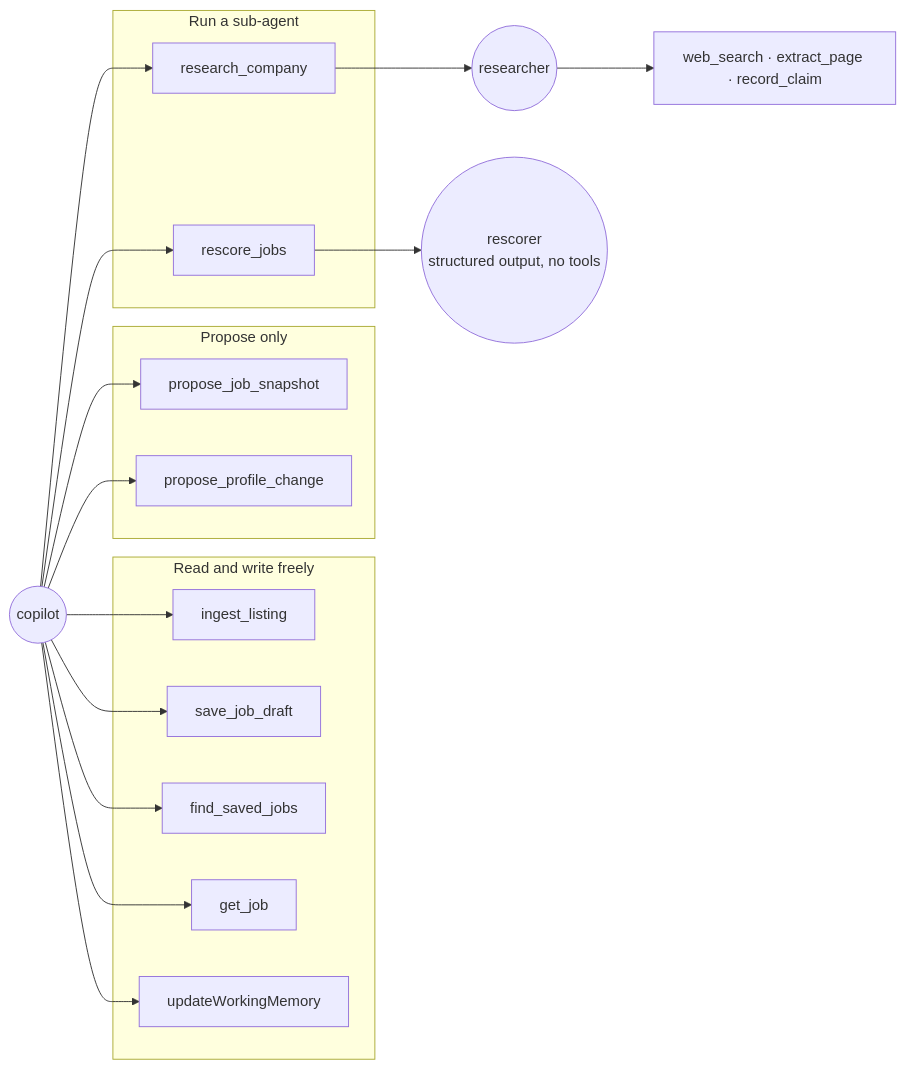
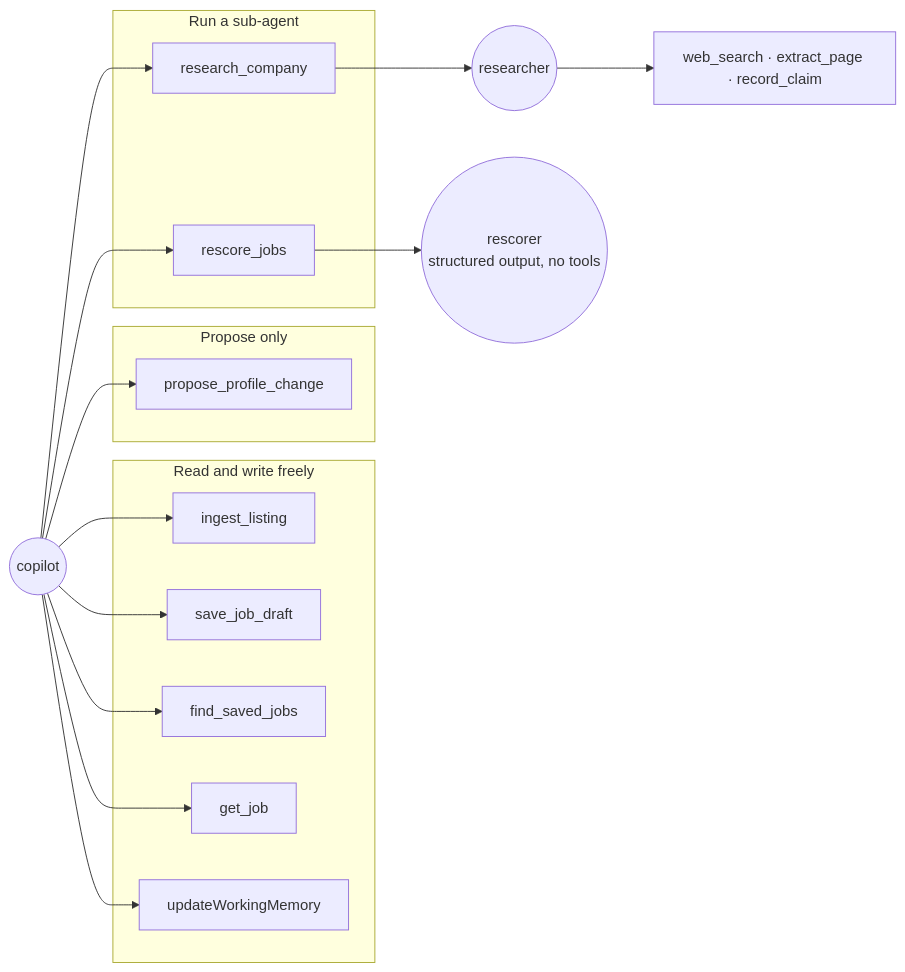
The fourth of 13 diagrams in docs/architecture.md (pppdns/job-agent-mastra), drawn with Mermaid before and after one commit. The commit also changed other lines of this file and 9 other files, not shown here.

````diff
--- a/docs/architecture.md
+++ b/docs/architecture.md
@@ -130,22 +130,21 @@
 ```mermaid
 flowchart LR
   CP((copilot))
   subgraph free["Read and write freely"]
     IL[ingest_listing]
     SD[save_job_draft]
     FS[find_saved_jobs]
     GJ[get_job]
     WM[updateWorkingMemory]
   end
   subgraph propose["Propose only"]
-    PS[propose_job_snapshot]
     PC[propose_profile_change]
   end
   subgraph sub["Run a sub-agent"]
     RC[research_company]
     RJ[rescore_jobs]
   end
-  CP --> IL & SD & FS & GJ & WM & PS & PC & RC & RJ
+  CP --> IL & SD & FS & GJ & WM & PC & RC & RJ
   RC --> R1((researcher)) --> W1[web_search · extract_page · record_claim]
   RJ --> R2((rescorer<br/>structured output, no tools))
 ```
````
